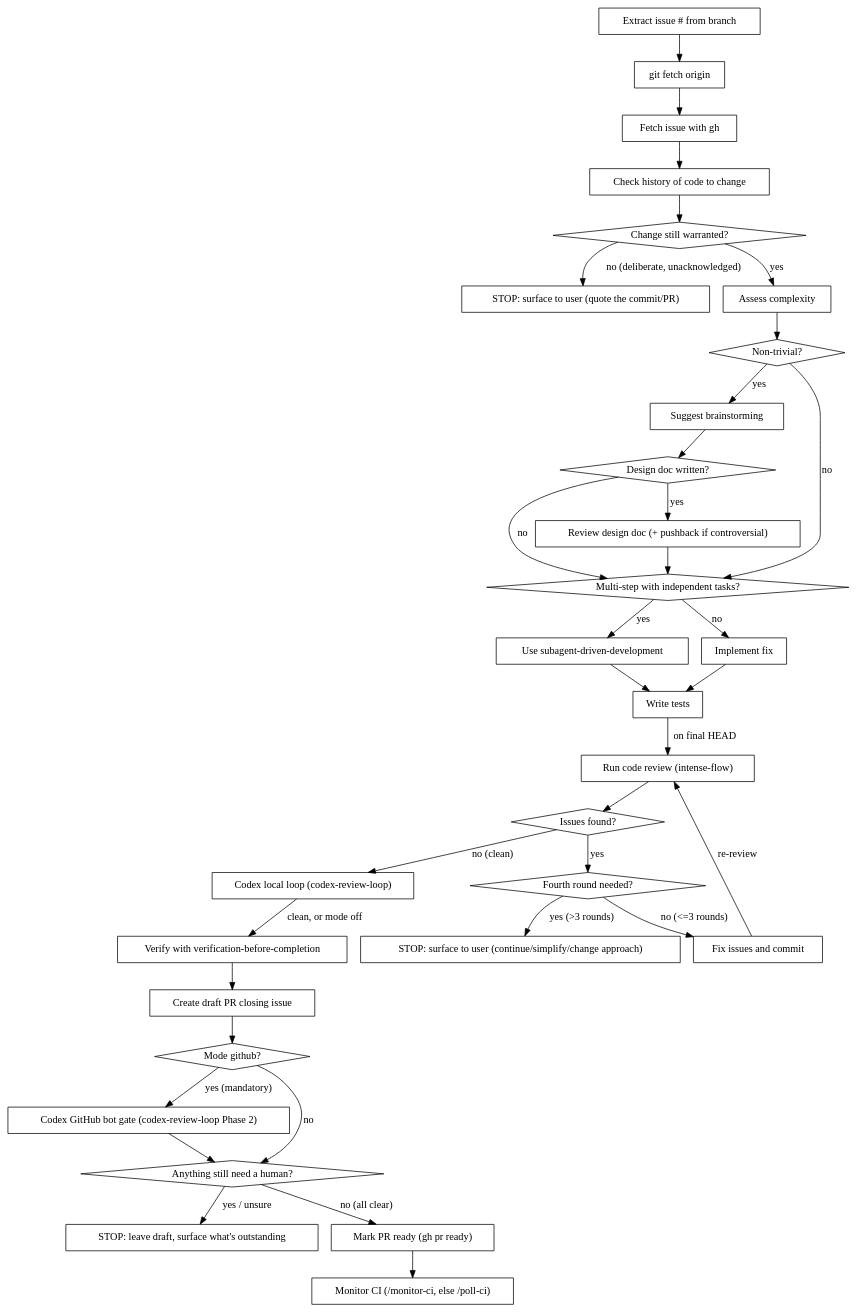
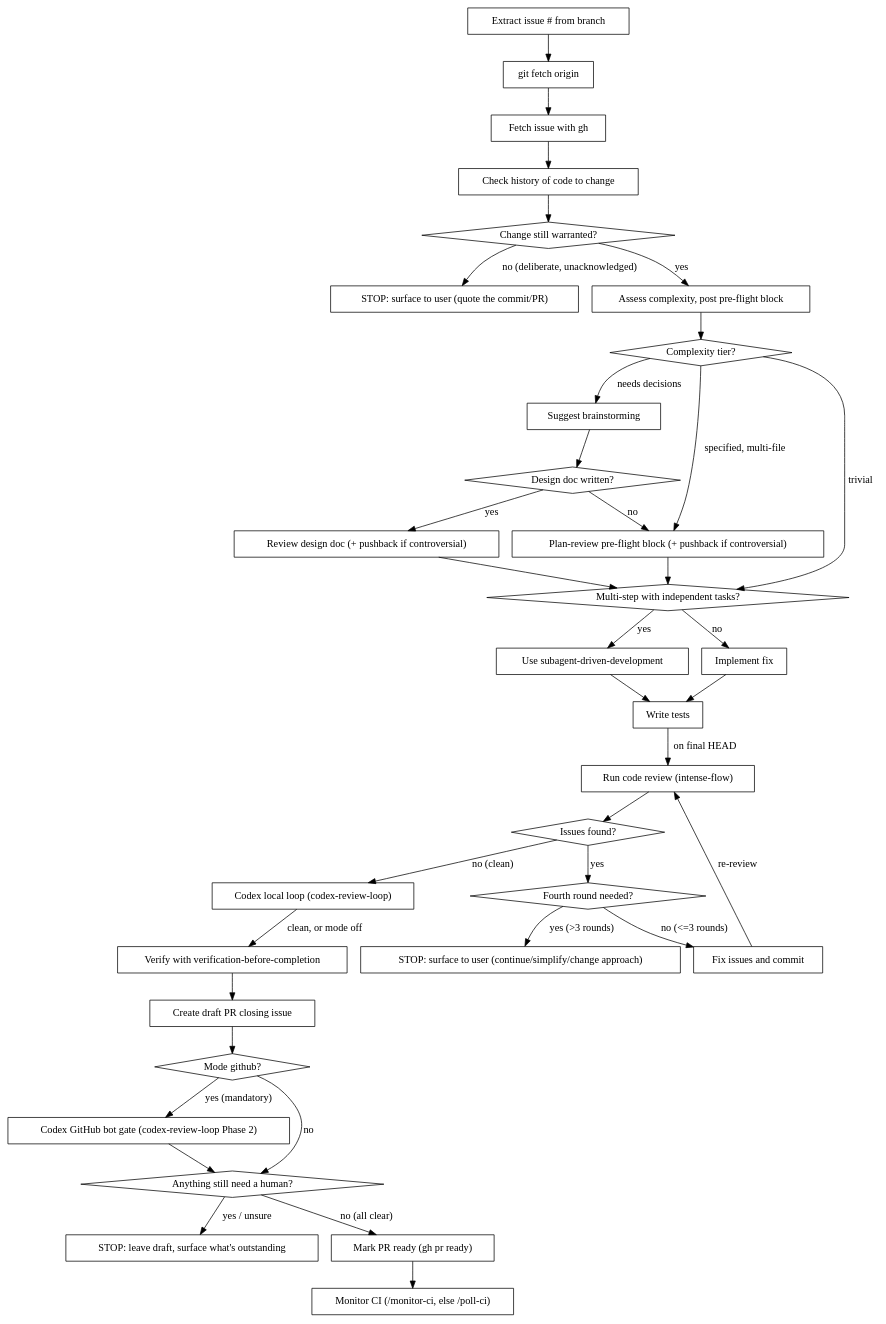
The diagram in commands/fix-gh-issue.md (oalders/kitchen-sink), drawn with Graphviz before and after one commit. The commit also changed other lines of this file and 1 other file, not shown here.

First line of the commit message:
Fix: sweep for stale claims and plan-review specified multi-file issues (v2.41.0) (#95)

````diff
--- a/commands/fix-gh-issue.md
+++ b/commands/fix-gh-issue.md
@@ -65,67 +68,70 @@
 ```dot
 digraph fix_issue {
     "Extract issue # from branch" [shape=box];
     "git fetch origin" [shape=box];
     "Fetch issue with gh" [shape=box];
     "Check history of code to change" [shape=box];
     "Change still warranted?" [shape=diamond];
     "STOP: surface to user (quote the commit/PR)" [shape=box];
-    "Assess complexity" [shape=box];
-    "Non-trivial?" [shape=diamond];
+    "Assess complexity, post pre-flight block" [shape=box];
+    "Complexity tier?" [shape=diamond];
     "Suggest brainstorming" [shape=box];
     "Design doc written?" [shape=diamond];
     "Review design doc (+ pushback if controversial)" [shape=box];
+    "Plan-review pre-flight block (+ pushback if controversial)" [shape=box];
     "Multi-step with independent tasks?" [shape=diamond];
     "Use subagent-driven-development" [shape=box];
     "Implement fix" [shape=box];
     "Write tests" [shape=box];
     "Run code review (intense-flow)" [shape=box];
     "Issues found?" [shape=diamond];
     "Fourth round needed?" [shape=diamond];
     "STOP: surface to user (continue/simplify/change approach)" [shape=box];
     "Fix issues and commit" [shape=box];
     "Codex local loop (codex-review-loop)" [shape=box];
     "Verify with verification-before-completion" [shape=box];
     "Create draft PR closing issue" [shape=box];
     "Mode github?" [shape=diamond];
     "Codex GitHub bot gate (codex-review-loop Phase 2)" [shape=box];
     "Anything still need a human?" [shape=diamond];
     "STOP: leave draft, surface what's outstanding" [shape=box];
     "Mark PR ready (gh pr ready)" [shape=box];
     "Monitor CI (/monitor-ci, else /poll-ci)" [shape=box];
 
     "Extract issue # from branch" -> "git fetch origin";
     "git fetch origin" -> "Fetch issue with gh";
     "Fetch issue with gh" -> "Check history of code to change";
     "Check history of code to change" -> "Change still warranted?";
     "Change still warranted?" -> "STOP: surface to user (quote the commit/PR)" [label="no (deliberate, unacknowledged)"];
-    "Change still warranted?" -> "Assess complexity" [label="yes"];
-    "Assess complexity" -> "Non-trivial?";
-    "Non-trivial?" -> "Suggest brainstorming" [label="yes"];
-    "Non-trivial?" -> "Multi-step with independent tasks?" [label="no"];
+    "Change still warranted?" -> "Assess complexity, post pre-flight block" [label="yes"];
+    "Assess complexity, post pre-flight block" -> "Complexity tier?";
+    "Complexity tier?" -> "Suggest brainstorming" [label="needs decisions"];
+    "Complexity tier?" -> "Plan-review pre-flight block (+ pushback if controversial)" [label="specified, multi-file"];
+    "Complexity tier?" -> "Multi-step with independent tasks?" [label="trivial"];
+    "Plan-review pre-flight block (+ pushback if controversial)" -> "Multi-step with independent tasks?";
     "Suggest brainstorming" -> "Design doc written?";
     "Design doc written?" -> "Review design doc (+ pushback if controversial)" [label="yes"];
-    "Design doc written?" -> "Multi-step with independent tasks?" [label="no"];
+    "Design doc written?" -> "Plan-review pre-flight block (+ pushback if controversial)" [label="no"];
     "Review design doc (+ pushback if controversial)" -> "Multi-step with independent tasks?";
     "Multi-step with independent tasks?" -> "Use subagent-driven-development" [label="yes"];
     "Multi-step with independent tasks?" -> "Implement fix" [label="no"];
     "Use subagent-driven-development" -> "Write tests";
     "Implement fix" -> "Write tests";
     "Write tests" -> "Run code review (intense-flow)" [label="on final HEAD"];
     "Run code review (intense-flow)" -> "Issues found?";
     "Issues found?" -> "Fourth round needed?" [label="yes"];
     "Fourth round needed?" -> "STOP: surface to user (continue/simplify/change approach)" [label="yes (>3 rounds)"];
     "Fourth round needed?" -> "Fix issues and commit" [label="no (<=3 rounds)"];
     "Fix issues and commit" -> "Run code review (intense-flow)" [label="re-review"];
     "Issues found?" -> "Codex local loop (codex-review-loop)" [label="no (clean)"];
     "Codex local loop (codex-review-loop)" -> "Verify with verification-before-completion" [label="clean, or mode off"];
     "Verify with verification-before-completion" -> "Create draft PR closing issue";
     "Create draft PR closing issue" -> "Mode github?";
     "Mode github?" -> "Codex GitHub bot gate (codex-review-loop Phase 2)" [label="yes (mandatory)"];
     "Mode github?" -> "Anything still need a human?" [label="no"];
     "Codex GitHub bot gate (codex-review-loop Phase 2)" -> "Anything still need a human?";
     "Anything still need a human?" -> "STOP: leave draft, surface what's outstanding" [label="yes / unsure"];
     "Anything still need a human?" -> "Mark PR ready (gh pr ready)" [label="no (all clear)"];
     "Mark PR ready (gh pr ready)" -> "Monitor CI (/monitor-ci, else /poll-ci)";
 }
 ```
````
